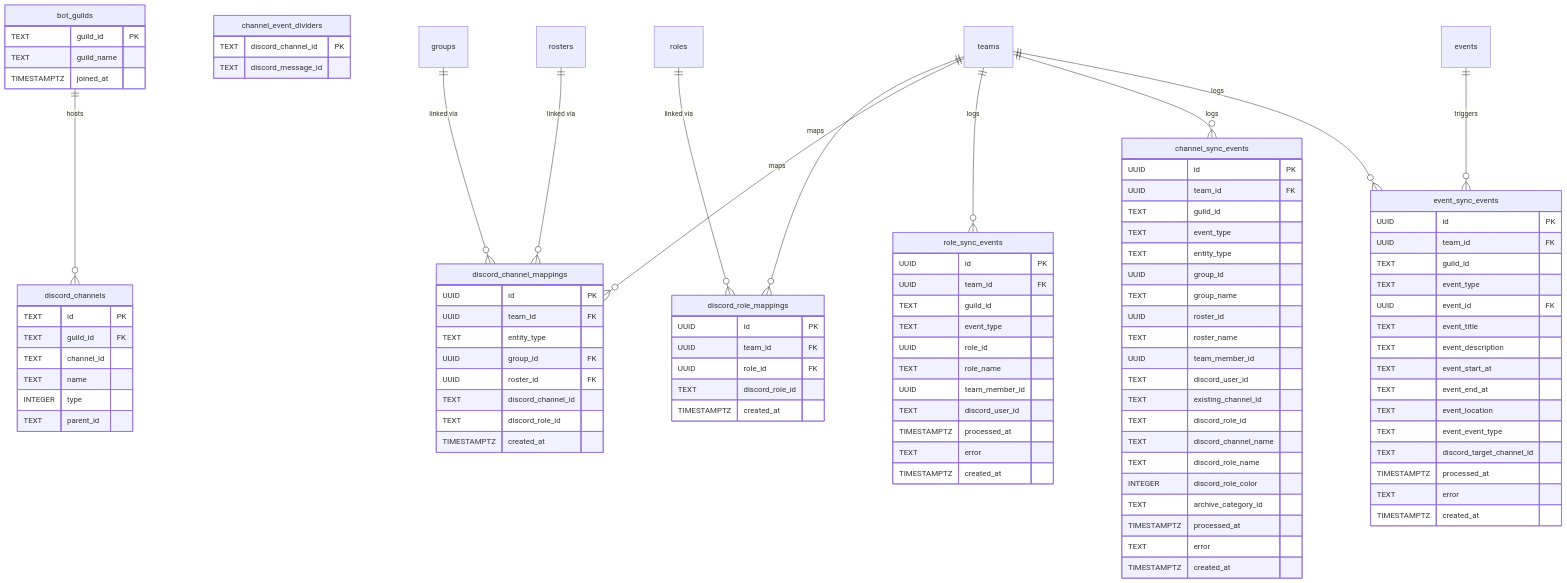
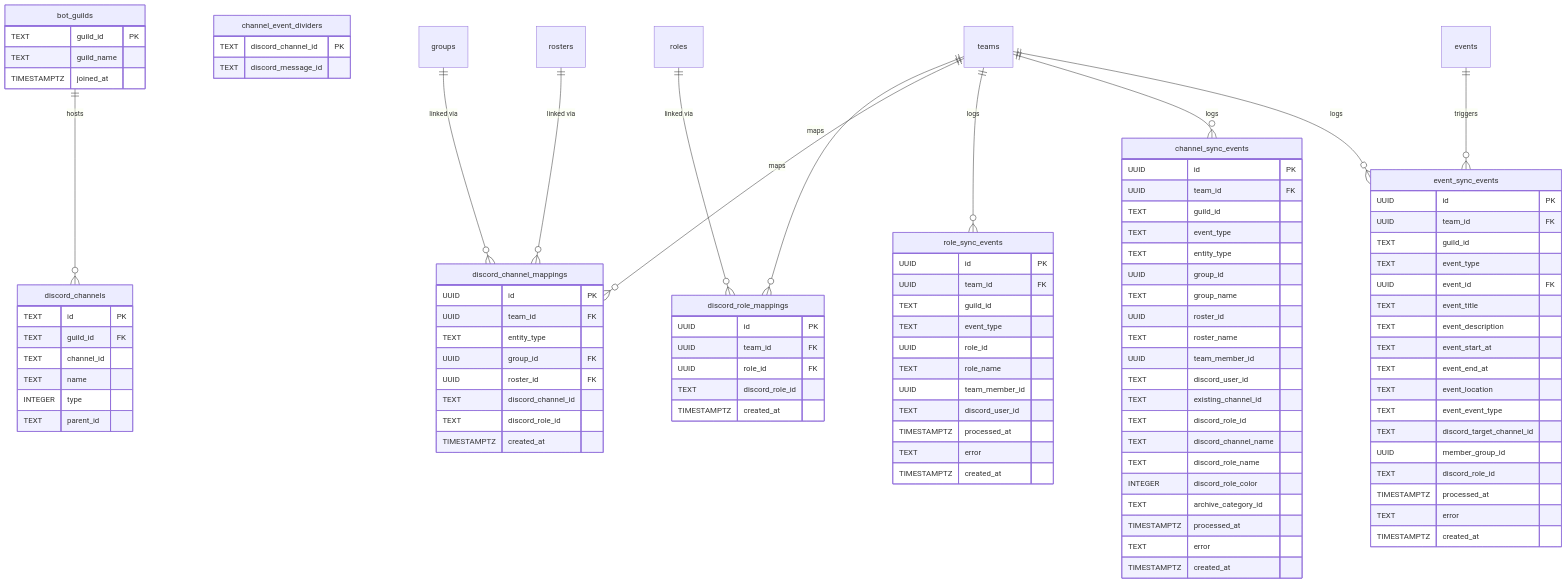
The eighth of 12 diagrams in docs/thesis/er-diagram.md (maxa-ondrej/sideline), drawn with Mermaid before and after one commit. The commit also changed other lines of this file and 43 other files, not shown here.

```diff
--- a/docs/thesis/er-diagram.md
+++ b/docs/thesis/er-diagram.md
@@ -499,6 +502,8 @@
         TEXT event_location
         TEXT event_event_type
         TEXT discord_target_channel_id
+        UUID member_group_id
+        TEXT discord_role_id
         TIMESTAMPTZ processed_at
         TEXT error
         TIMESTAMPTZ created_at
```
